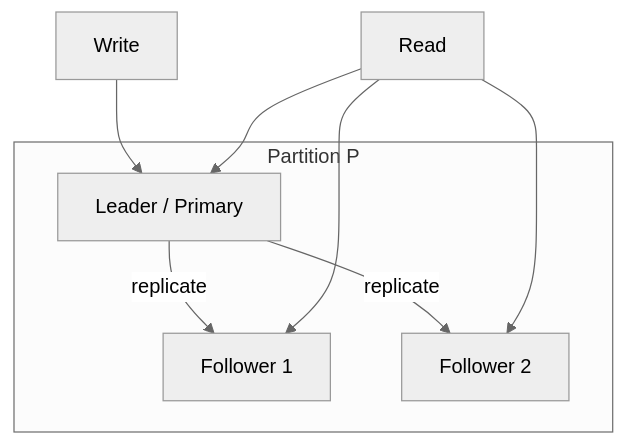
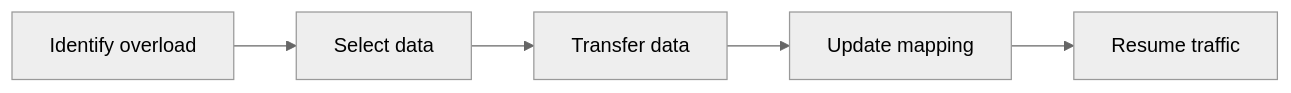
Before and after one commit to hareramcse/SystemDesign: diagram 14 of 44 in 05-distributed-databases/README.md, drawn with Mermaid (neutral theme). The commit also changed other lines of this file, not shown here.

````diff
--- a/05-distributed-databases/README.md
+++ b/05-distributed-databases/README.md
@@ -965,14 +1324,7 @@
 ```mermaid
-flowchart TB
-    subgraph Partition P
-        L[Leader / Primary]
-        F1[Follower 1]
-        F2[Follower 2]
-    end
-    Write[Write] --> L
-    L -->|replicate| F1
-    L -->|replicate| F2
-    Read[Read] --> L
-    Read --> F1
-    Read --> F2
+flowchart LR
+    S1[Identify overload] --> S2[Select data]
+    S2 --> S3[Transfer data]
+    S3 --> S4[Update mapping]
+    S4 --> S5[Resume traffic]
 ```
````
